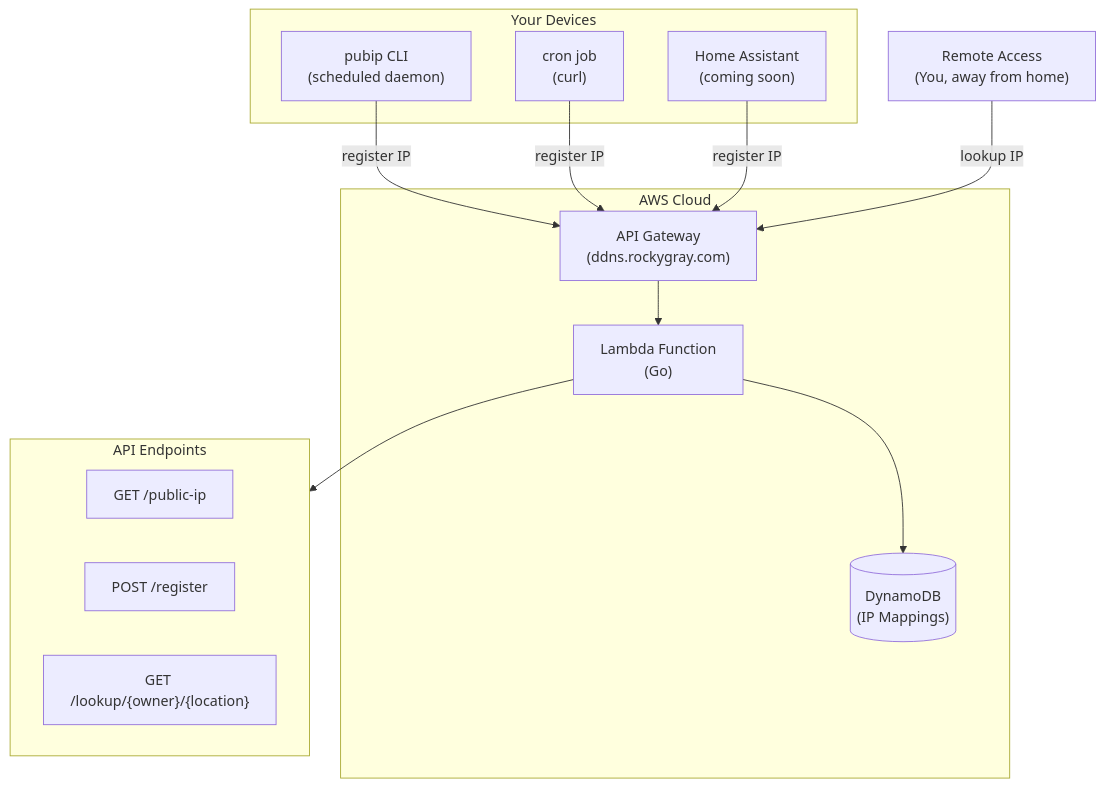
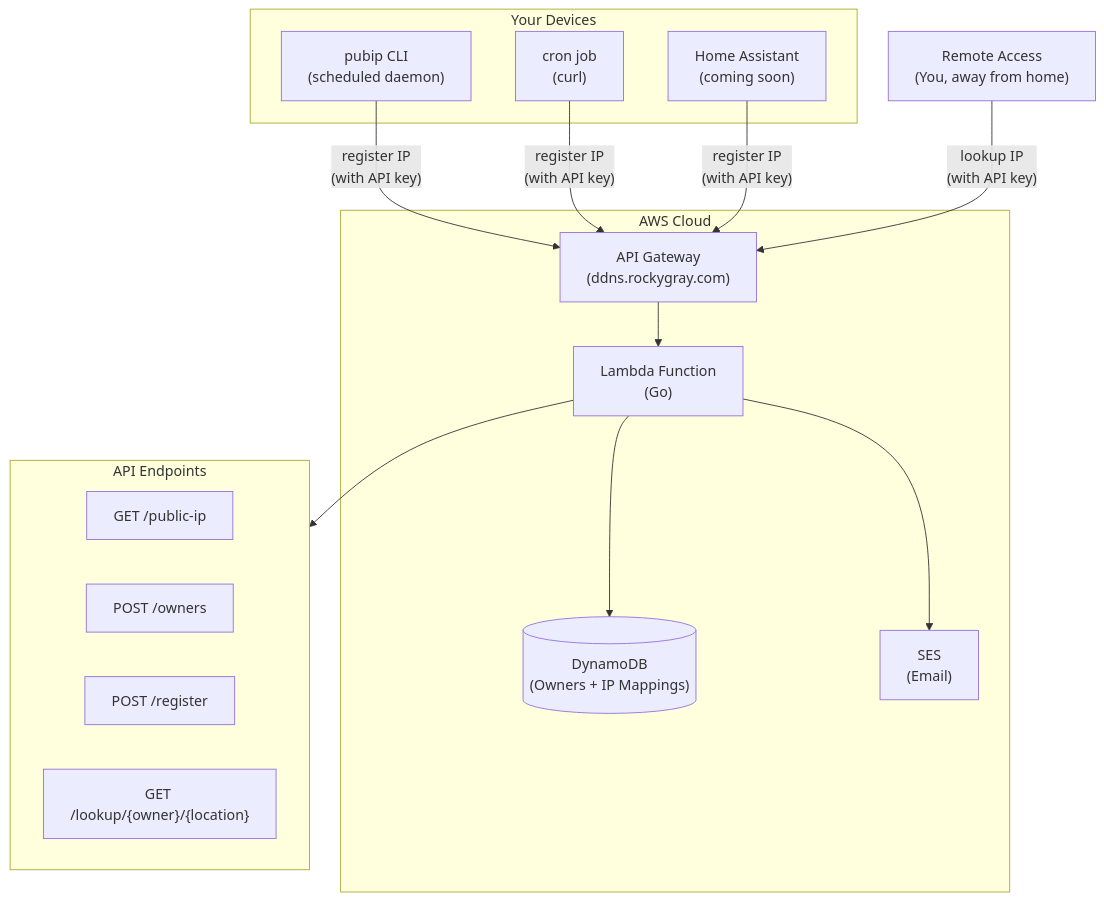
Before and after one commit to grocky/ddns-service: the diagram in README.md, drawn with Mermaid. The commit also changed other lines of this file, not shown here.

````diff
--- a/README.md
+++ b/README.md
@@ -29,31 +30,34 @@
 ```mermaid
 flowchart TB
     subgraph clients["Your Devices"]
         daemon["pubip CLI\n(scheduled daemon)"]
         cron["cron job\n(curl)"]
         ha["Home Assistant\n(coming soon)"]
     end
 
     subgraph aws["AWS Cloud"]
         apigw["API Gateway\n(ddns.rockygray.com)"]
         lambda["Lambda Function\n(Go)"]
-        dynamodb[("DynamoDB\n(IP Mappings)")]
+        dynamodb[("DynamoDB\n(Owners + IP Mappings)")]
+        ses["SES\n(Email)"]
     end
 
     subgraph endpoints["API Endpoints"]
         direction LR
         e1["GET /public-ip"]
-        e2["POST /register"]
-        e3["GET /lookup/{owner}/{location}"]
+        e2["POST /owners"]
+        e3["POST /register"]
+        e4["GET /lookup/{owner}/{location}"]
     end
 
-    daemon -->|"register IP"| apigw
-    cron -->|"register IP"| apigw
-    ha -->|"register IP"| apigw
+    daemon -->|"register IP\n(with API key)"| apigw
+    cron -->|"register IP\n(with API key)"| apigw
+    ha -->|"register IP\n(with API key)"| apigw
 
     apigw --> lambda
     lambda --> dynamodb
+    lambda --> ses
     lambda --> endpoints
 
-    remote["Remote Access\n(You, away from home)"] -->|"lookup IP"| apigw
+    remote["Remote Access\n(You, away from home)"] -->|"lookup IP\n(with API key)"| apigw
 ```
````
